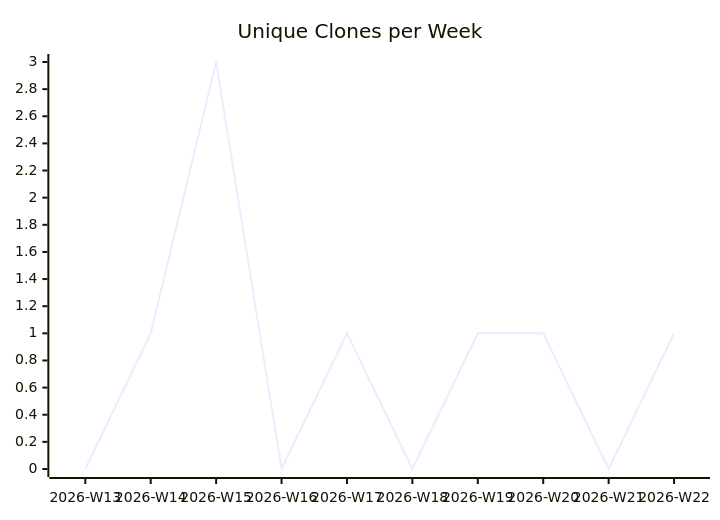
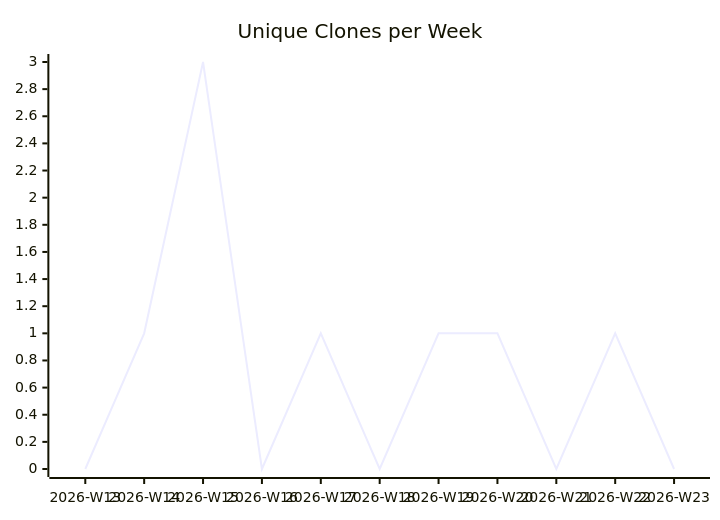
Before and after one commit to justdavis-family/github-analytics-data: the third of 3 diagrams in karlmdavis/FHIR-Server/README.md, drawn with Mermaid. The commit also changed other lines of this file and 186 other files, not shown here.

````diff
--- a/karlmdavis/FHIR-Server/README.md
+++ b/karlmdavis/FHIR-Server/README.md
@@ -19,6 +19,6 @@
 ```mermaid
 xychart-beta
   title "Unique Clones per Week"
-  x-axis ["2026-W13", "2026-W14", "2026-W15", "2026-W16", "2026-W17", "2026-W18", "2026-W19", "2026-W20", "2026-W21", "2026-W22"]
-  line [0, 1, 3, 0, 1, 0, 1, 1, 0, 1]
+  x-axis ["2026-W13", "2026-W14", "2026-W15", "2026-W16", "2026-W17", "2026-W18", "2026-W19", "2026-W20", "2026-W21", "2026-W22", "2026-W23"]
+  line [0, 1, 3, 0, 1, 0, 1, 1, 0, 1, 0]
 ```
````
